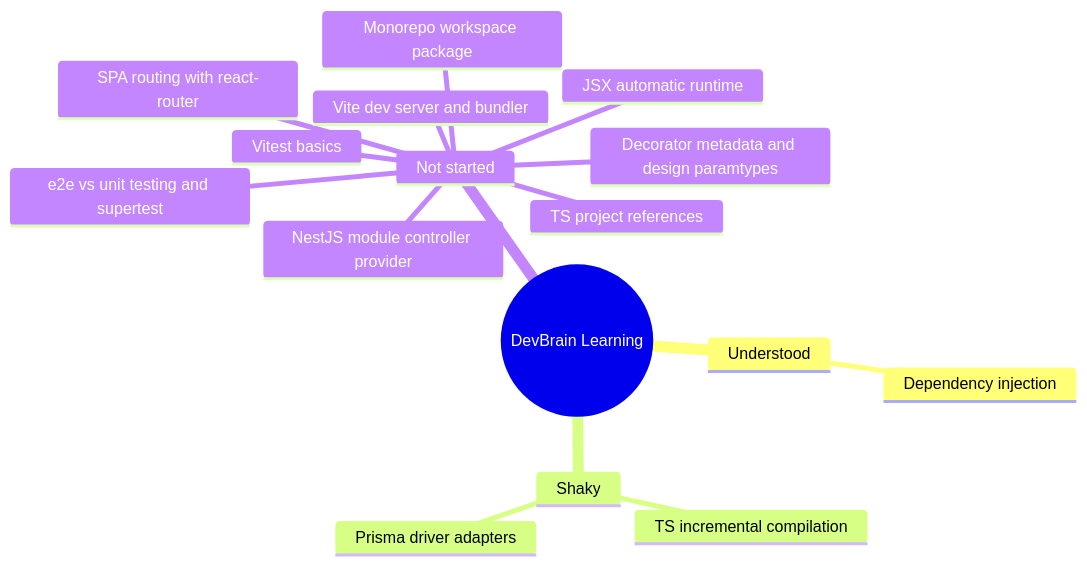
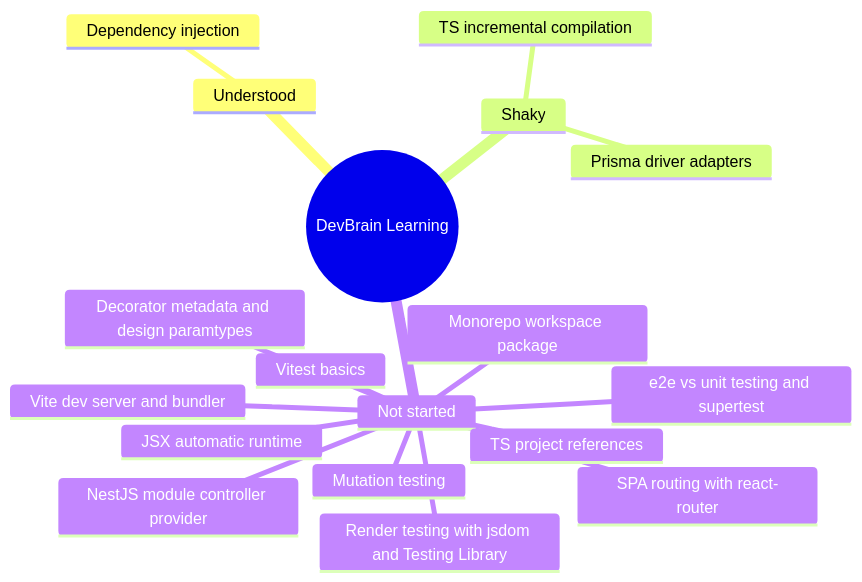
The diagram in docs/LEARNING_LOG.md (Phonghigh/DevBrain), drawn with Mermaid before and after one commit. The commit also changed other lines of this file and 9 other files, not shown here.

First line of the commit message:
tasks(DB0-10): vitest + testing library in apps/web

````diff
--- a/docs/LEARNING_LOG.md
+++ b/docs/LEARNING_LOG.md
@@ -34,19 +36,21 @@
 ```mermaid
 mindmap
   root((DevBrain Learning))
     Understood
       Dependency injection
     Shaky
       Prisma driver adapters
       TS incremental compilation
     Not started
       Monorepo workspace package
       TS project references
       Vitest basics
       NestJS module controller provider
       Vite dev server and bundler
       SPA routing with react-router
       JSX automatic runtime
       e2e vs unit testing and supertest
       Decorator metadata and design paramtypes
+      Render testing with jsdom and Testing Library
+      Mutation testing
 ```
````
